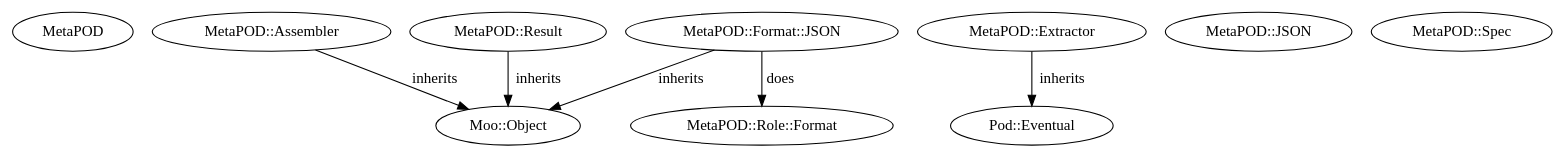
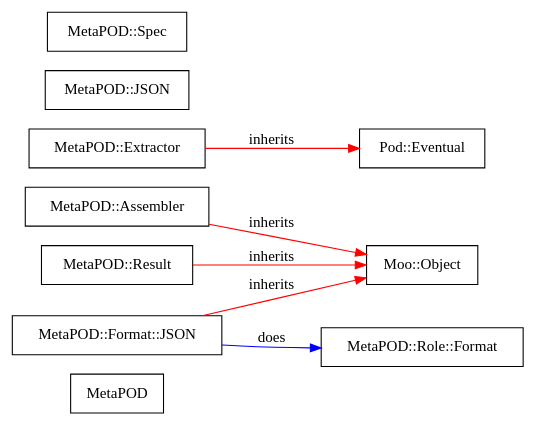
Before and after one commit to gitpan/MetaPOD: the diagram in examples/self_structure.dot, drawn with Graphviz. The commit also changed 16 other files, not shown here.

```diff
--- a/examples/self_structure.dot
+++ b/examples/self_structure.dot
@@ -1,18 +1,20 @@
 digraph test {
+	rankdir=LR;
 	ratio="fill";
+	node [shape="box"];
 	MetaPOD [label="MetaPOD"];
 	node1 [label="MetaPOD::Assembler"];
 	node2 [label="Moo::Object"];
 	node3 [label="MetaPOD::Extractor"];
 	node4 [label="Pod::Eventual"];
 	node5 [label="MetaPOD::JSON"];
 	node6 [label="MetaPOD::Result"];
 	node7 [label="MetaPOD::Spec"];
 	node8 [label="MetaPOD::Format::JSON"];
 	node9 [label="MetaPOD::Role::Format"];
-	node1 -> node2 [label="inherits"];
-	node3 -> node4 [label="inherits"];
-	node8 -> node9 [label="does"];
-	node8 -> node2 [label="inherits"];
-	node6 -> node2 [label="inherits"];
+	node1 -> node2 [color="red", dir="forward", label="inherits"];
+	node3 -> node4 [color="red", dir="forward", label="inherits"];
+	node8 -> node9 [color="blue", dir="forward", label="does"];
+	node8 -> node2 [color="red", dir="forward", label="inherits"];
+	node6 -> node2 [color="red", dir="forward", label="inherits"];
 }
```
